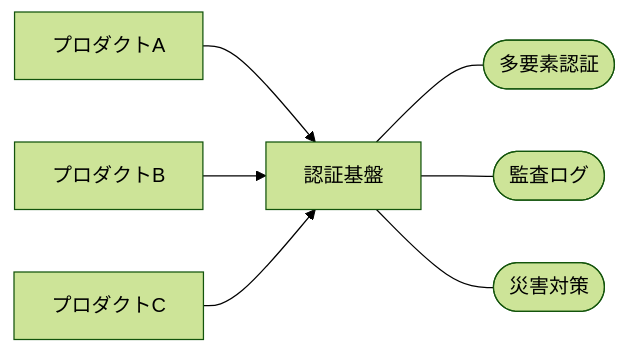
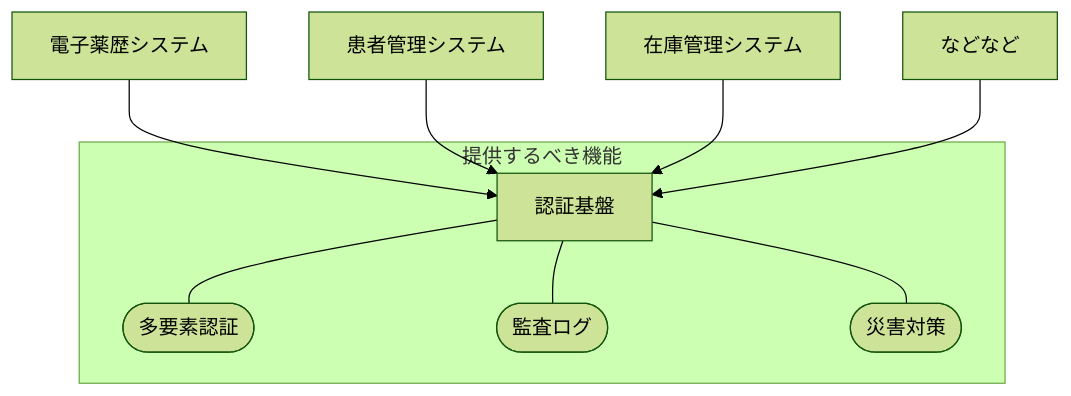
The first of 4 diagrams in packages/2025-06-15-fp-matsuri/slides.md (iwasa-kosui/slides-next), drawn with Mermaid (forest theme) before and after one commit. The commit also changed other lines of this file and 3 other files, not shown here.

````diff
--- a/packages/2025-06-15-fp-matsuri/slides.md
+++ b/packages/2025-06-15-fp-matsuri/slides.md
@@ -92,9 +121,12 @@
 ```mermaid
-graph LR
-プロダクトA --> 認証基盤
-プロダクトB --> 認証基盤
-プロダクトC --> 認証基盤
-認証基盤 --- MFA([多要素認証])
-認証基盤 --- AuditLog([監査ログ])
-認証基盤 --- DR([災害対策])
+graph TB
+A[電子薬歴システム] --> 認証基盤
+B[患者管理システム] --> 認証基盤
+C[在庫管理システム] --> 認証基盤
+D[などなど] --> 認証基盤
+subgraph 提供するべき機能
+  認証基盤 --- MFA([多要素認証])
+  認証基盤 --- AuditLog([監査ログ])
+  認証基盤 --- DR([災害対策])
+end
 ```
````
